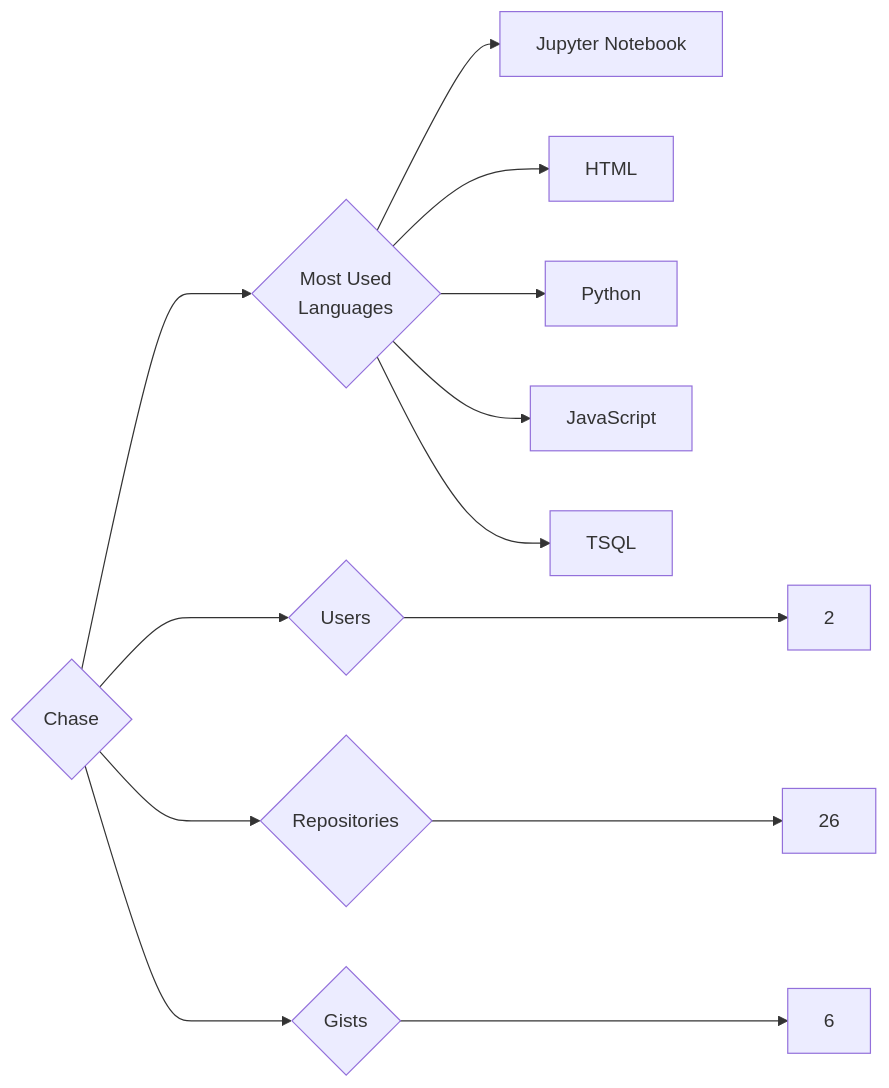
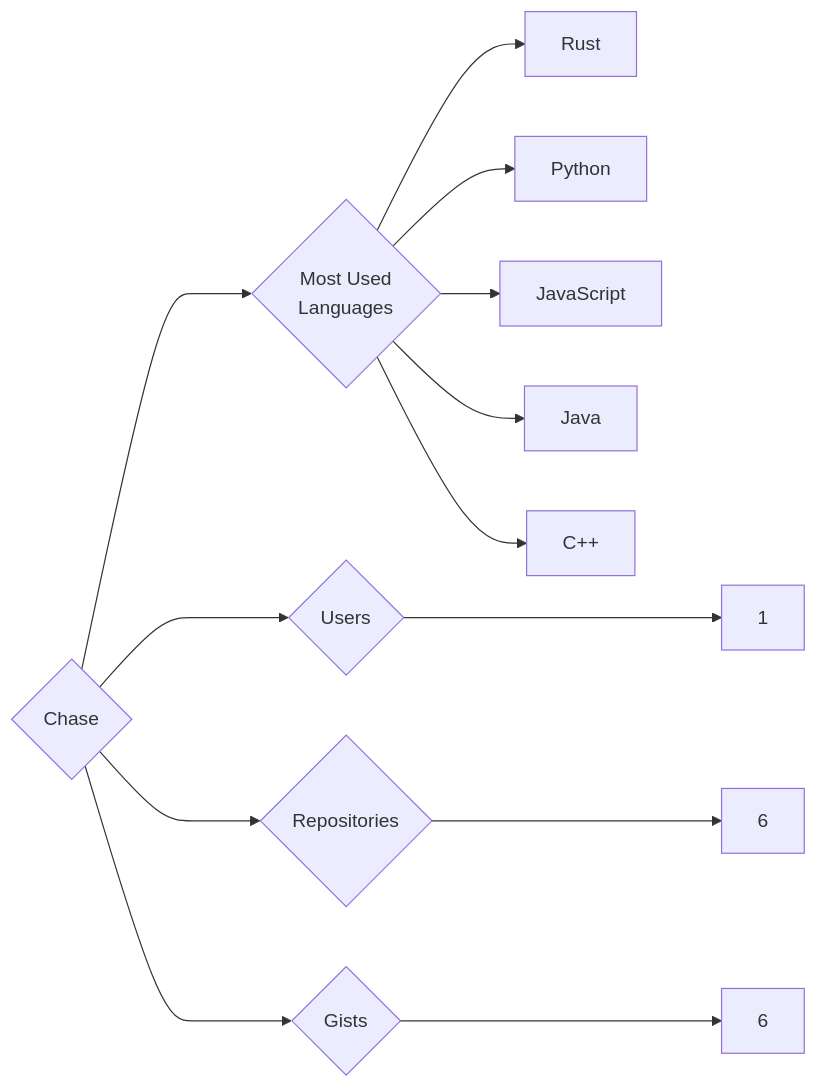
One commit to trickest/insiders changed the diagram in targets/Chase/README.md. Above: the diagram before and after it, drawn with Mermaid. The commit also changed 997 other files, not shown here.

````diff
--- a/targets/Chase/README.md
+++ b/targets/Chase/README.md
@@ -3,13 +3,13 @@
 ```mermaid
 graph LR
 COMPANY_NAME{Chase}
-COMPANY_NAME ---> U{Users} ---> UN[2]
-COMPANY_NAME ---> R{Repositories} ---> RN[26]
+COMPANY_NAME ---> U{Users} ---> UN[1]
+COMPANY_NAME ---> R{Repositories} ---> RN[6]
 COMPANY_NAME ---> G{Gists} ---> GN[6]
 COMPANY_NAME ---> ML{Most Used<br>Languages}
-ML --> Jupyter_Notebook[Jupyter Notebook]
-ML --> HTML[HTML]
+ML --> Rust[Rust]
 ML --> Python[Python]
 ML --> JavaScript[JavaScript]
-ML --> TSQL[TSQL]
+ML --> Java[Java]
+ML --> C++[C++]
 ```
````
